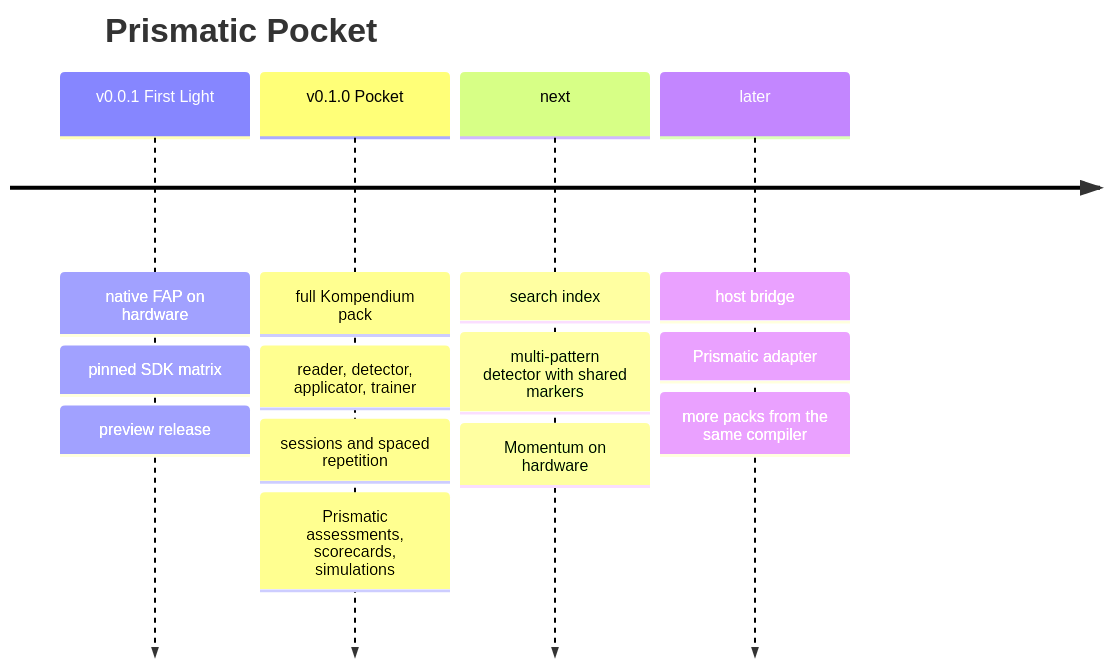
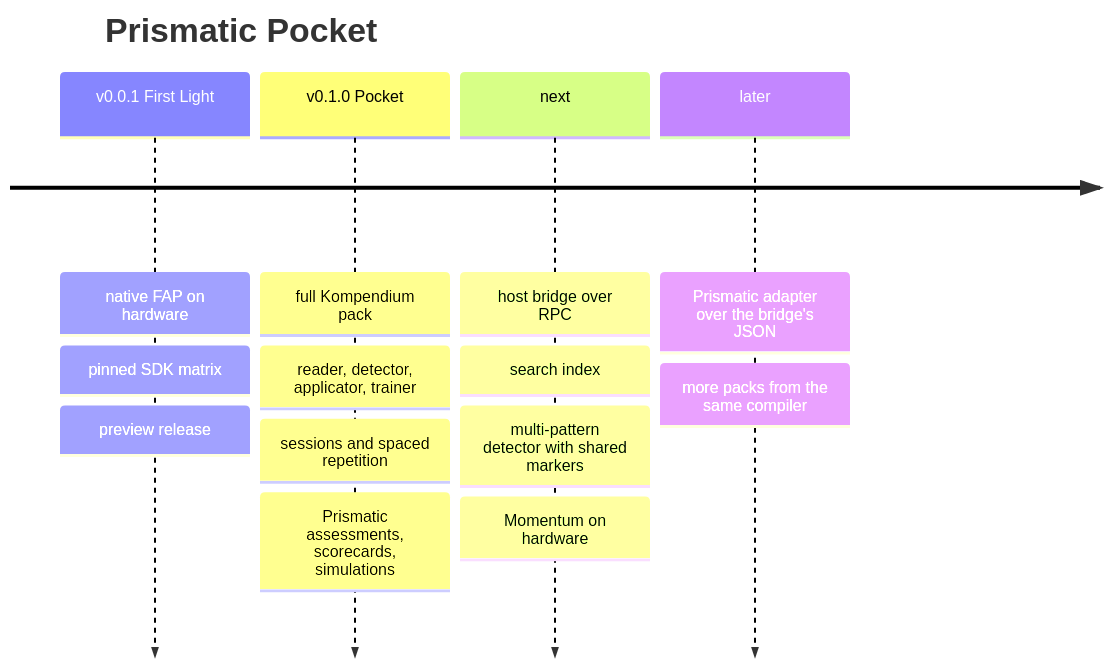
The third of 3 diagrams in README.md (korczis/prismatic-flipperzero), drawn with Mermaid before and after one commit. The commit also changed other lines of this file and 9 other files, not shown here.

First line of the commit message:
feat(bridge): host bridge over the Flipper's own RPC

````diff
--- a/README.md
+++ b/README.md
@@ -487,8 +501,8 @@
 ```mermaid
 timeline
   title Prismatic Pocket
   v0.0.1 First Light : native FAP on hardware : pinned SDK matrix : preview release
   v0.1.0 Pocket : full Kompendium pack : reader, detector, applicator, trainer : sessions and spaced repetition : Prismatic assessments, scorecards, simulations
-  next : search index : multi-pattern detector with shared markers : Momentum on hardware
-  later : host bridge : Prismatic adapter : more packs from the same compiler
+  next : host bridge over RPC : search index : multi-pattern detector with shared markers : Momentum on hardware
+  later : Prismatic adapter over the bridge's JSON : more packs from the same compiler
 ```
````
